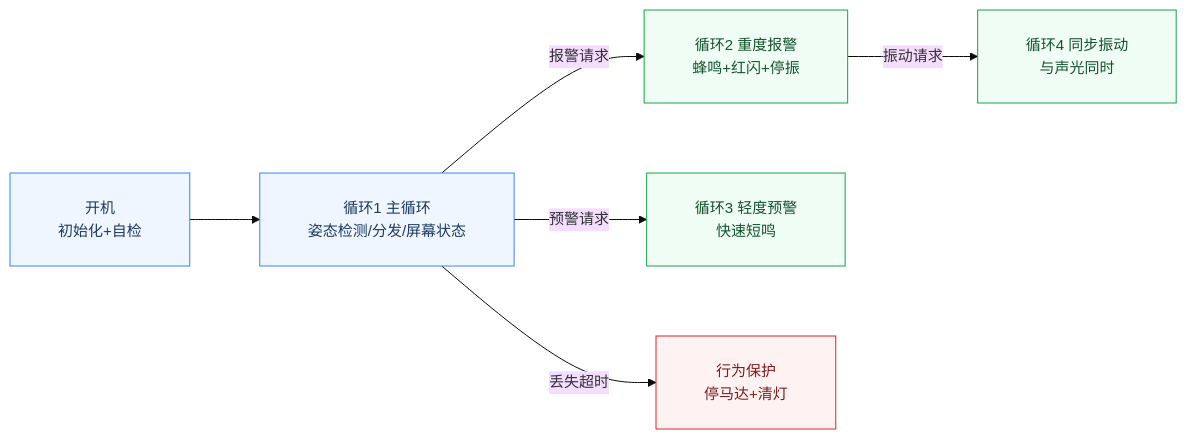
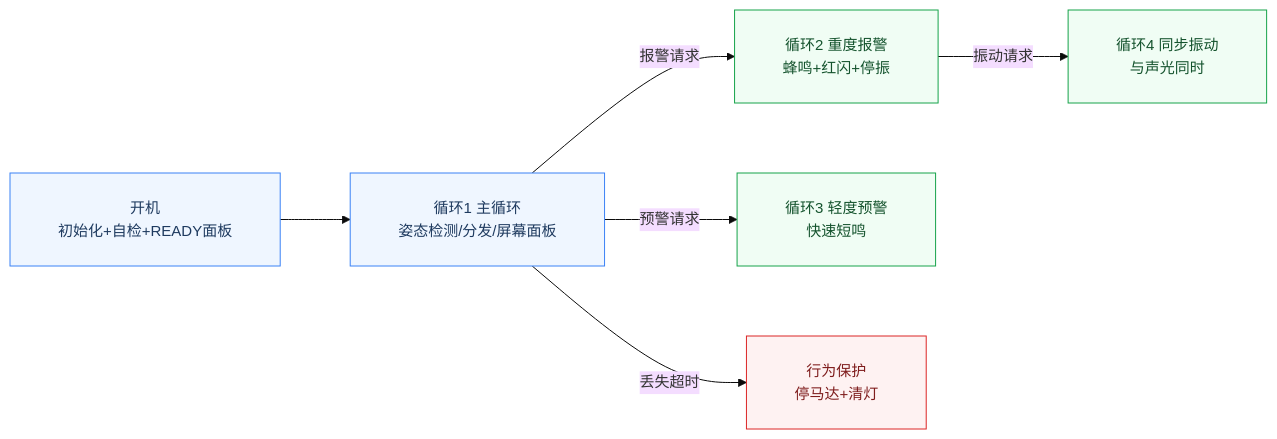
Before and after one commit to Gsjsjzhznsz/driver: the first of 3 diagrams in README.md, drawn with Mermaid. The commit also changed other lines of this file and 4 other files, not shown here.

Commit message:
功能：屏幕状态升级为仪表盘HUD面板（观众反馈再高级一点）——新增"屏幕状态面板"积木一键绘制整屏：深蓝标题栏(DRIVER MONITOR+状态指示灯)+白框卡片内48号状态大字(卡片随文字自适应)+32号副标题+疲劳度仪表条(清醒10%/疲劳60%/打瞌睡100%)+页脚FATIGUE LEVEL读数；面板内部判重(状态不变不重绘+60秒自愈刷新应对相机中途重启)；实心条采用外框+内框双层嵌套矩形(单个粗线宽矩形在固件居中描边解释下中央会留洞)；main.ts每状态4块屏幕积木简化为1块，删除屏幕状态变量；README/流程图同步更新并附6面板效果预览图

````diff
--- a/README.md
+++ b/README.md
@@ -150,15 +166,15 @@
 ```mermaid
 %%{init: {"theme":"base","themeVariables":{"fontSize":"15px"},"flowchart":{"curve":"basis","padding":24,"nodeSpacing":70,"rankSpacing":70}}}%%
 flowchart LR
-    BOOT["开机<br>初始化+自检"] --> L1["循环1 主循环<br>姿态检测/分发/屏幕状态"]
+    BOOT["开机<br>初始化+自检+READY面板"] --> L1["循环1 主循环<br>姿态检测/分发/屏幕面板"]
     L1 -->|"报警请求"| L2["循环2 重度报警<br>蜂鸣+红闪+停振"]
     L1 -->|"预警请求"| L3["循环3 轻度预警<br>快速短鸣"]
     L2 -->|"振动请求"| L4["循环4 同步振动<br>与声光同时"]
     L1 -->|"丢失超时"| STOP["行为保护<br>停马达+清灯"]
     classDef normal fill:#EFF6FF,stroke:#3B82F6,color:#1E3A5F
     classDef flag fill:#F0FDF4,stroke:#16A34A,color:#14532D
     classDef danger fill:#FEF2F2,stroke:#DC2626,color:#7F1D1D
     class BOOT,L1 normal
     class L2,L3,L4 flag
     class STOP danger
 ```
````
